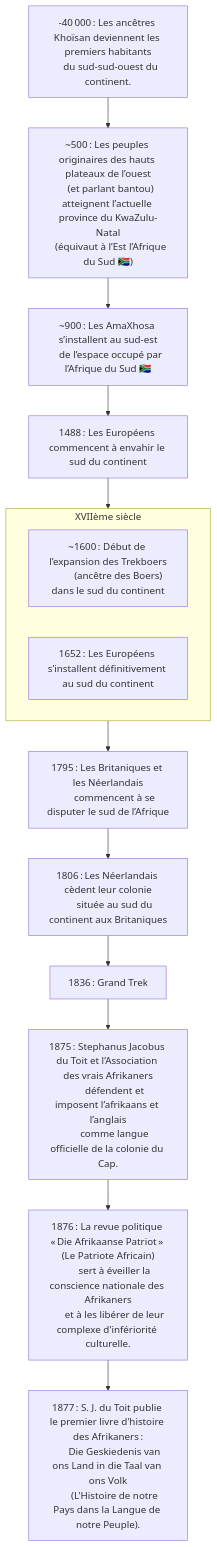
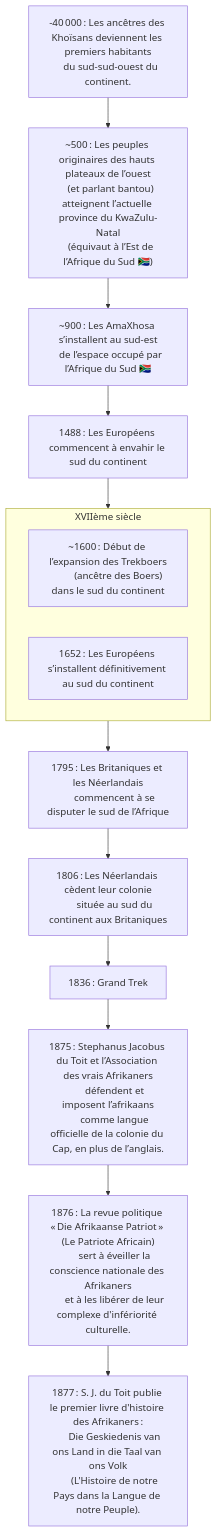
Before and after one commit to ba-moun/Ba-Moun-Save: the diagram in en-cours/langue/afrique/sud/afrikaans.md, drawn with Mermaid. The commit also changed other lines of this file, not shown here.

Commit message:
docs: update en-cours/langue/afrique/sud/afrikaans

````diff
--- a/en-cours/langue/afrique/sud/afrikaans.md
+++ b/en-cours/langue/afrique/sud/afrikaans.md
@@ -34,45 +34,45 @@
 ```mermaid
 flowchart TB
-   khoisanArrive["-40 000 : Les ancêtres Khoïsan deviennent les premiers habitants
+   khoisanArrive["-40 000 : Les ancêtres des Khoïsans deviennent les premiers habitants
    du sud-sud-ouest du continent."]
    
    grassland["~500 : Les peuples originaires des hauts plateaux de l’ouest
    (et parlant bantou) atteignent l’actuelle province du KwaZulu-Natal
-   (équivaut à l’Est l’Afrique du Sud 🇿🇦)"]
+   (équivaut à l’Est de l’Afrique du Sud 🇿🇦)"]
    
    amaXhosa["~900 : Les AmaXhosa s’installent au sud-est
    de l’espace occupé par l’Afrique du Sud 🇿🇦"]
    
    europeanInvasion["1488 : Les Européens commencent à envahir le sud du continent"]
    
    subgraph 17thCentury["XVIIème siècle"]
       boersExpantion["~1600 : Début de l’expansion des Trekboers
          (ancêtre des Boers) dans le sud du continent"]
       
       europeanInvasionNextStep["1652 : Les Européens s’installent définitivement au sud du continent"]
    end
    
    europeanFightInSouthAfricaBegin["1795 : Les Britaniques et les Néerlandais
       commencent à se disputer le sud de l’Afrique"]
    
    europeanFightInSouthAfricaEnd["1806 : Les Néerlandais cèdent leur colonie
       située au sud du continent aux Britaniques"]
    
    grandTrek["1836 : Grand Trek"]
    
    imposeAfrikaans["1875 : Stephanus Jacobus du Toit et l’Association des vrais Afrikaners
-      défendent et imposent l’afrikaans et l’anglais
-      comme langue officielle de la colonie du Cap."]
+      défendent et imposent l’afrikaans
+      comme langue officielle de la colonie du Cap, en plus de l’anglais."]
    
    afrikaansLanguageNID["1876 : La revue politique « Die Afrikaanse Patriot » (Le Patriote Africain)
       sert à éveiller la conscience nationale des Afrikaners
       et à les libérer de leur complexe d'infériorité culturelle."]
    
    afrikanersHistoryBook["1877 : S. J. du Toit publie le premier livre d'histoire des Afrikaners :
       Die Geskiedenis van ons Land in die Taal van ons Volk
       (L'Histoire de notre Pays dans la Langue de notre Peuple)."]
       
    khoisanArrive --> grassland --> amaXhosa --> europeanInvasion --> 17thCentury --> europeanFightInSouthAfricaBegin -->
    europeanFightInSouthAfricaEnd --> grandTrek --> imposeAfrikaans --> afrikaansLanguageNID --> afrikanersHistoryBook
    
 ```
````
